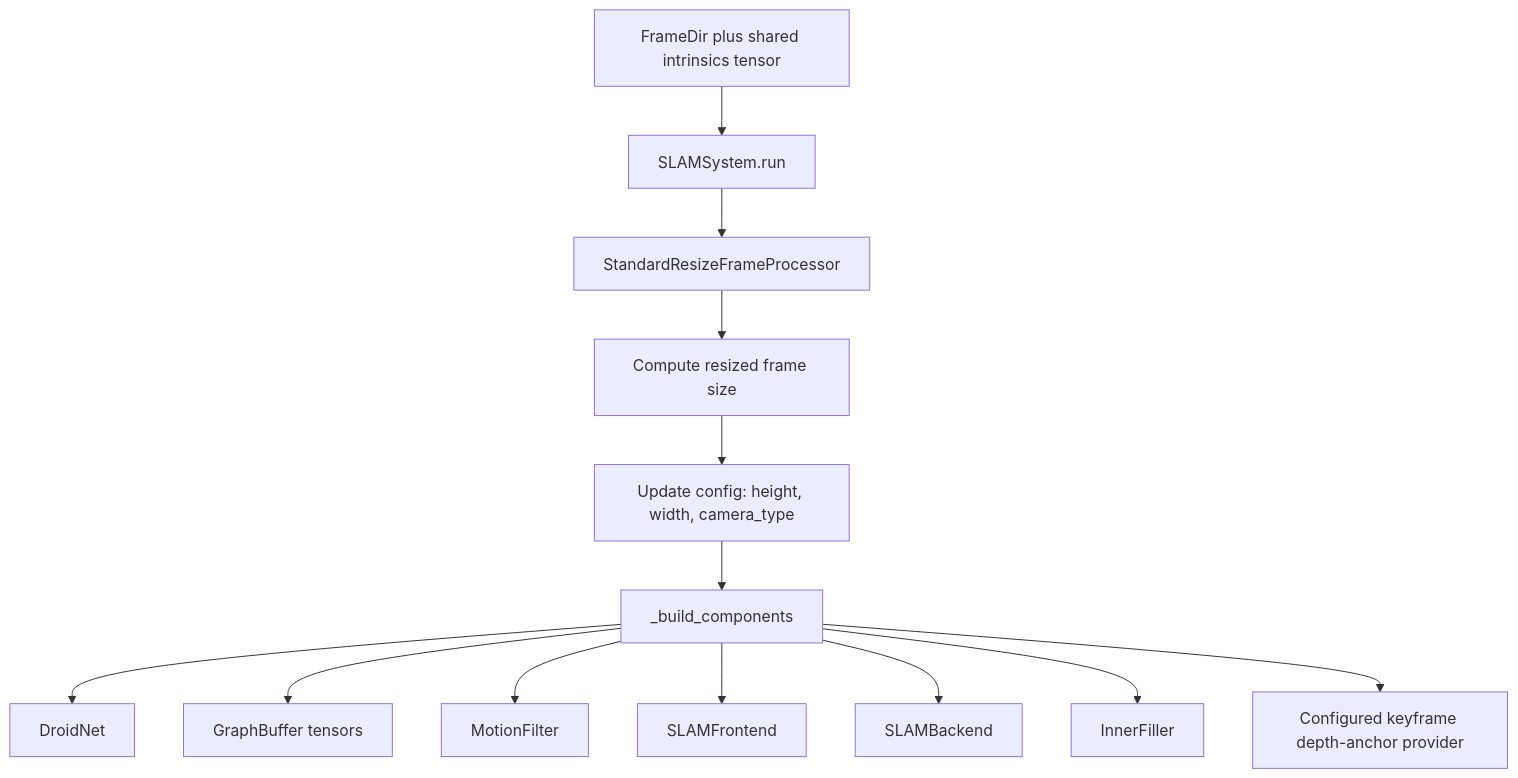
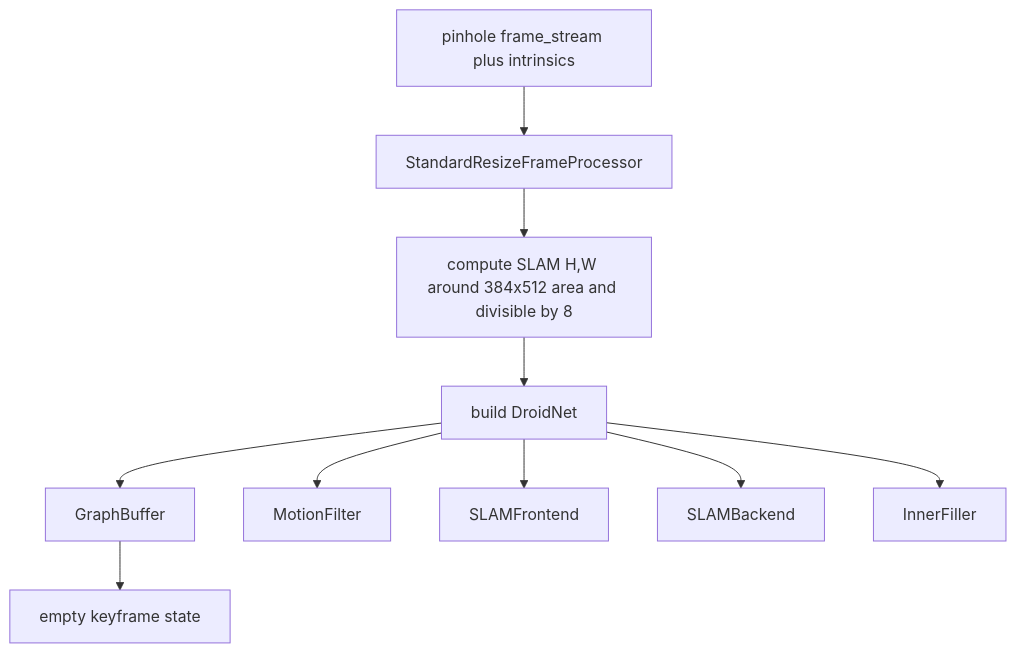
One commit to sadanand1120/vipe changed the second of 6 diagrams in fullexplain.md. Above: the diagram before and after it, drawn with Mermaid. The commit also changed other lines of this file and 28 other files, not shown here.

````diff
--- a/fullexplain.md
+++ b/fullexplain.md
@@ -652,15 +296,12 @@
 ```mermaid
 flowchart TD
-    A[FrameDir plus shared intrinsics tensor] --> B[SLAMSystem.run]
-    B --> C[StandardResizeFrameProcessor]
-    C --> D[Compute resized frame size]
-    D --> E[Update config: height, width, camera_type]
-    E --> F[_build_components]
-    F --> F1[DroidNet]
-    F --> F2[GraphBuffer tensors]
-    F --> F3[MotionFilter]
-    F --> F4[SLAMFrontend]
-    F --> F5[SLAMBackend]
-    F --> F6[InnerFiller]
-    F --> F7[Configured keyframe depth-anchor provider]
+    A[pinhole frame_stream plus intrinsics] --> B[StandardResizeFrameProcessor]
+    B --> C[compute SLAM H,W around 384x512 area and divisible by 8]
+    C --> D[build DroidNet]
+    D --> E[GraphBuffer]
+    D --> F[MotionFilter]
+    D --> G[SLAMFrontend]
+    D --> H[SLAMBackend]
+    D --> I[InnerFiller]
+    E --> J[empty keyframe state]
 ```
````
